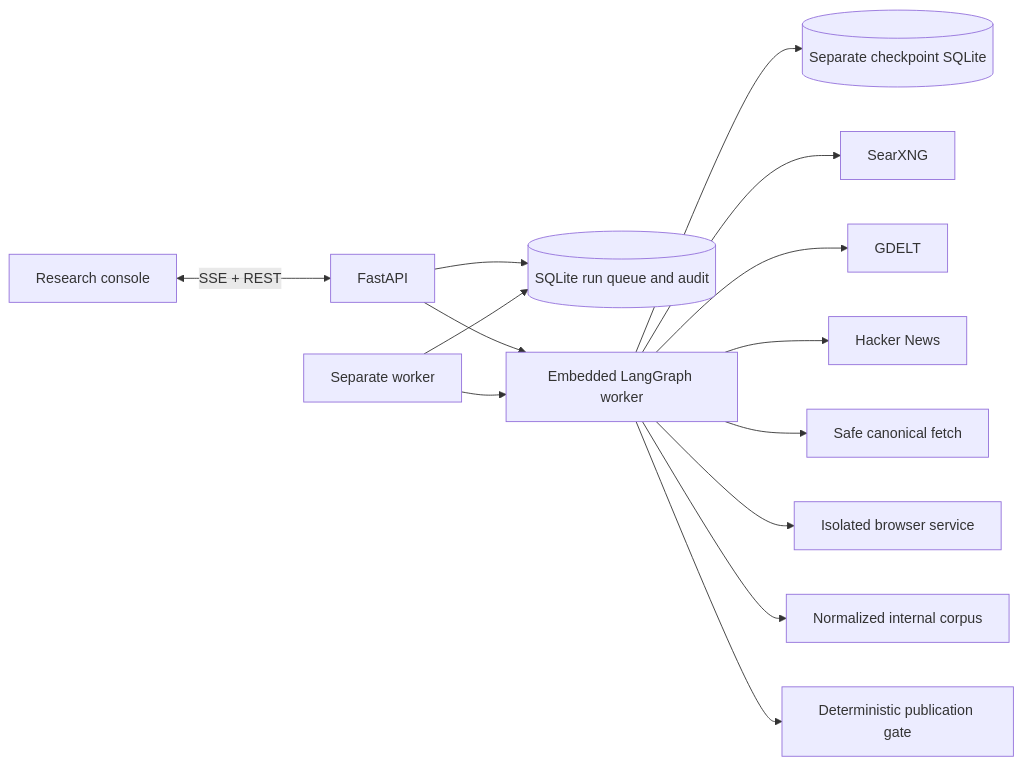
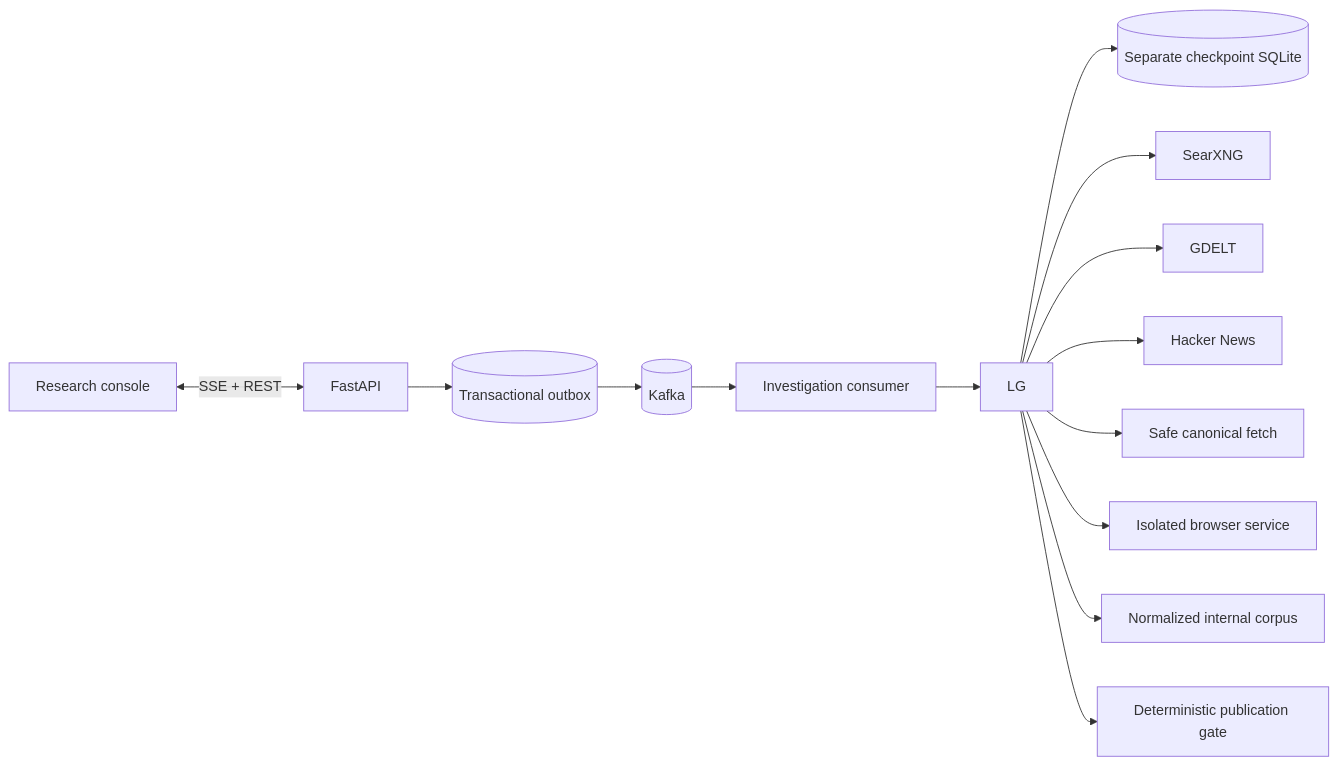
One commit to mnihad000/rhetoriq changed the diagram in docs/AUTONOMOUS_RESEARCH.md. Above: the diagram before and after it, drawn with Mermaid. The commit also changed other lines of this file and 14 other files, not shown here.

````diff
--- a/docs/AUTONOMOUS_RESEARCH.md
+++ b/docs/AUTONOMOUS_RESEARCH.md
@@ -7,16 +7,16 @@
 ```mermaid
 flowchart LR
     UI[Research console] <-->|SSE + REST| API[FastAPI]
-    API --> Q[(SQLite run queue and audit)]
-    API --> LG[Embedded LangGraph worker]
-    W[Separate worker] --> Q
+    API --> O[(Transactional outbox)]
+    O --> K[(Kafka)]
+    K --> W[Investigation consumer]
     W --> LG
     LG --> CP[(Separate checkpoint SQLite)]
     LG --> SX[SearXNG]
     LG --> GD[GDELT]
     LG --> HN[Hacker News]
     LG --> HTTP[Safe canonical fetch]
     LG --> BR[Isolated browser service]
     LG --> IC[Normalized internal corpus]
     LG --> GATE[Deterministic publication gate]
 ```
````
